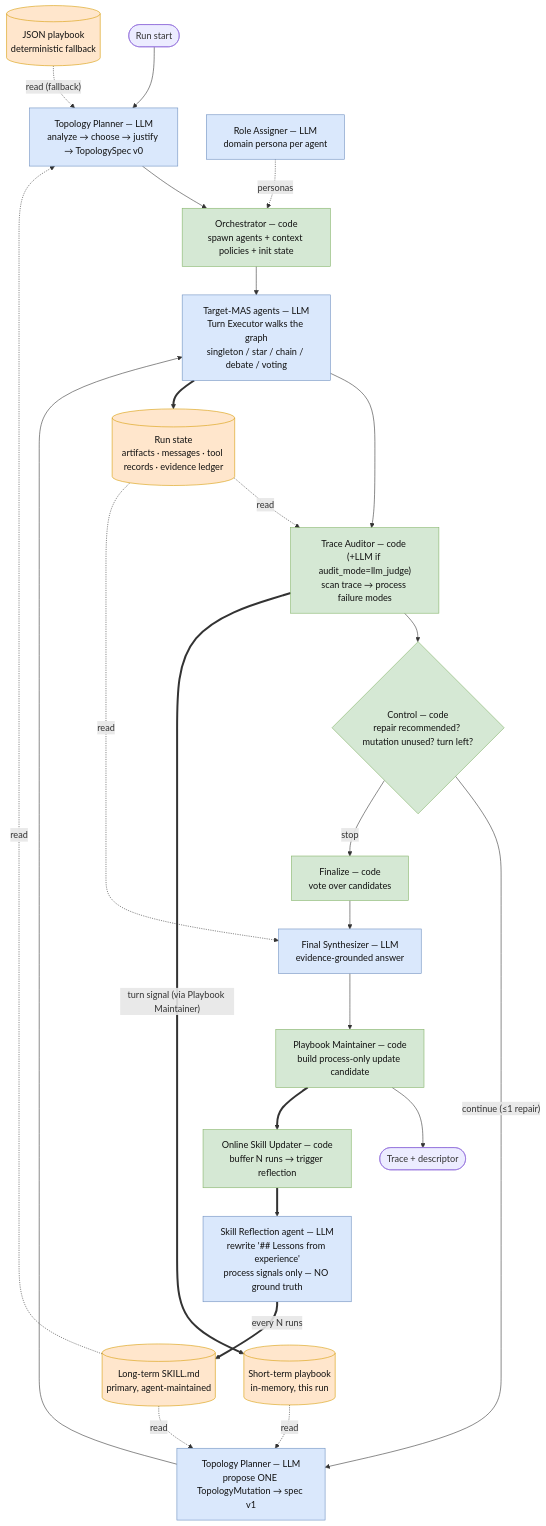
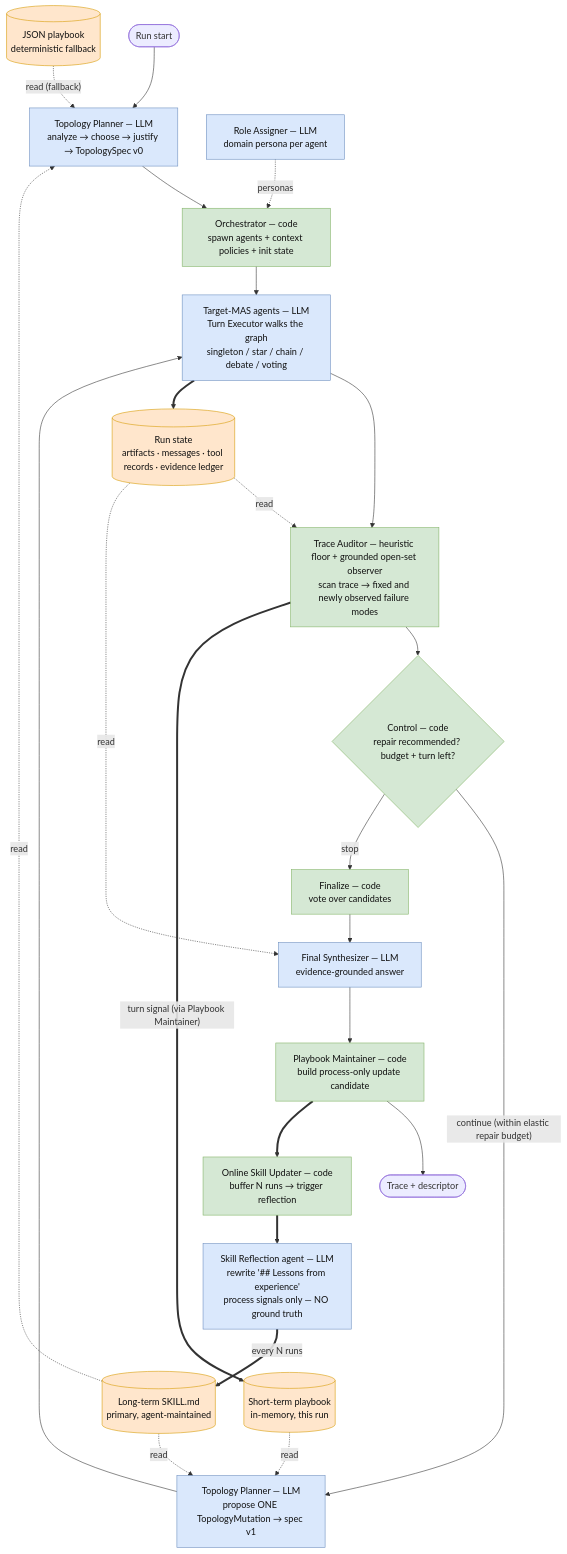
The diagram in README.md (mao-code/MAS_Analyzer), drawn with Mermaid before and after one commit. The commit also changed other lines of this file and 36 other files, not shown here.

````diff
--- a/README.md
+++ b/README.md
@@ -514,52 +514,52 @@
 ```mermaid
 flowchart TD
     classDef agent fill:#dae8fc,stroke:#6c8ebf,color:#111;
     classDef code fill:#d5e8d4,stroke:#82b366,color:#111;
     classDef store fill:#ffe6cc,stroke:#d79b00,color:#111;
 
     Start([Run start]) --> Plan
 
     Plan["Topology Planner — LLM<br/>analyze → choose → justify → TopologySpec v0"]
     Spawn["Orchestrator — code<br/>spawn agents + context policies + init state"]
     Roles["Role Assigner — LLM<br/>domain persona per agent"]
     Execute["Target-MAS agents — LLM<br/>Turn Executor walks the graph<br/>singleton / star / chain / debate / voting"]
-    Audit["Trace Auditor — code (+LLM if audit_mode=llm_judge)<br/>scan trace → process failure modes"]
-    Control{"Control — code<br/>repair recommended? mutation unused? turn left?"}
+    Audit["Trace Auditor — heuristic floor + grounded open-set observer<br/>scan trace → fixed and newly observed failure modes"]
+    Control{"Control — code<br/>repair recommended? budget + turn left?"}
     Mutate["Topology Planner — LLM<br/>propose ONE TopologyMutation → spec v1"]
     Finalize["Finalize — code<br/>vote over candidates"]
     Synth["Final Synthesizer — LLM<br/>evidence-grounded answer"]
     Maint["Playbook Maintainer — code<br/>build process-only update candidate"]
     Updater["Online Skill Updater — code<br/>buffer N runs → trigger reflection"]
     Reflect["Skill Reflection agent — LLM<br/>rewrite '## Lessons from experience'<br/>process signals only — NO ground truth"]
     Done([Trace + descriptor])
 
     RunState[("Run state<br/>artifacts · messages · tool records · evidence ledger")]
     ST[("Short-term playbook<br/>in-memory, this run")]
     Skill[("Long-term SKILL.md<br/>primary, agent-maintained")]
     JSONP[("JSON playbook<br/>deterministic fallback")]
 
     %% control flow (solid)
     Plan --> Spawn --> Execute --> Audit --> Control
-    Control -- "continue (≤1 repair)" --> Mutate --> Execute
+    Control -- "continue (within elastic repair budget)" --> Mutate --> Execute
     Control -- stop --> Finalize --> Synth --> Maint --> Done
 
     %% reads (dashed)
     Skill -. read .-> Plan
     JSONP -. "read (fallback)" .-> Plan
     Skill -. read .-> Mutate
     ST -. read .-> Mutate
     Roles -. personas .-> Spawn
     RunState -. read .-> Audit
     RunState -. read .-> Synth
 
     %% writes (thick)
     Execute ==> RunState
     Audit ==>|"turn signal (via Playbook Maintainer)"| ST
     Maint ==> Updater
     Updater ==> Reflect
     Reflect ==>|"every N runs"| Skill
 
     class Plan,Roles,Execute,Mutate,Synth,Reflect agent;
     class Spawn,Control,Finalize,Maint,Updater,Audit code;
     class RunState,ST,Skill,JSONP store;
 ```
````
